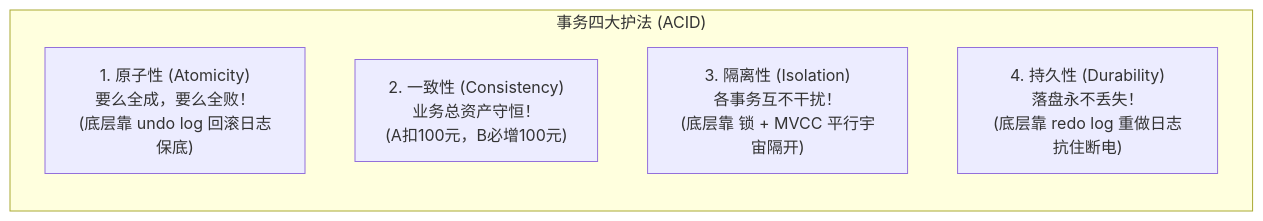
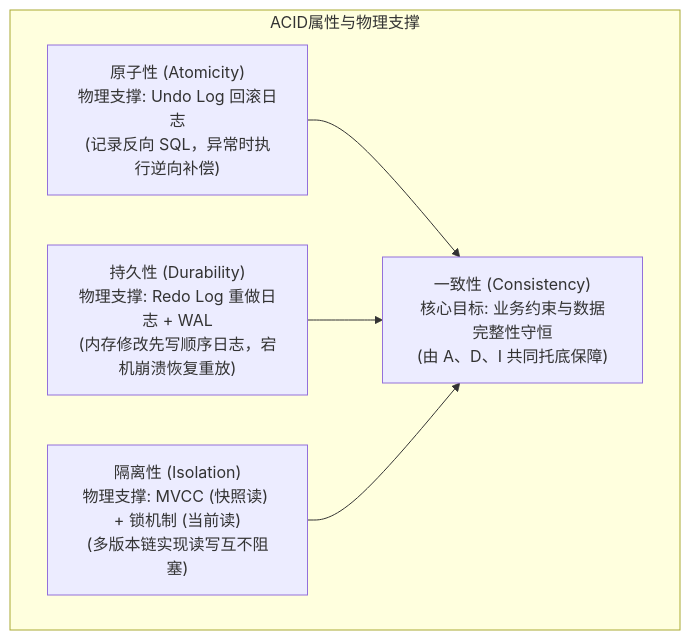
One commit to GuoWWWX/knowledge-base changed the first of 5 diagrams in 20-Java后端/05-数据库与存储/02-事务与隔离级别.md. Above: the diagram before and after it, drawn with Mermaid. The commit also changed other lines of this file and 234 other files, not shown here.

````diff
--- a/20-Java后端/05-数据库与存储/02-事务与隔离级别.md
+++ b/20-Java后端/05-数据库与存储/02-事务与隔离级别.md
@@ -24,9 +24,10 @@
 ```mermaid
-flowchart LR
-    subgraph ACID["事务四大护法 (ACID)"]
-        A["1. 原子性 (Atomicity)<br/>要么全成，要么全败！<br/>(底层靠 undo log 回滚日志保底)"]
-        C["2. 一致性 (Consistency)<br/>业务总资产守恒！<br/>(A扣100元，B必增100元)"]
-        I["3. 隔离性 (Isolation)<br/>各事务互不干扰！<br/>(底层靠 锁 + MVCC 平行宇宙隔开)"]
-        D["4. 持久性 (Durability)<br/>落盘永不丢失！<br/>(底层靠 redo log 重做日志抗住断电)"]
+flowchart TD
+    subgraph ACID属性与物理支撑
+        A["原子性 (Atomicity)<br/>物理支撑: Undo Log 回滚日志<br/>(记录反向 SQL，异常时执行逆向补偿)"]
+        D["持久性 (Durability)<br/>物理支撑: Redo Log 重做日志 + WAL<br/>(内存修改先写顺序日志，宕机崩溃恢复重放)"]
+        I["隔离性 (Isolation)<br/>物理支撑: MVCC (快照读) + 锁机制 (当前读)<br/>(多版本链实现读写互不阻塞)"]
+        C["一致性 (Consistency)<br/>核心目标: 业务约束与数据完整性守恒<br/>(由 A、D、I 共同托底保障)"]
     end
+    A & D & I --> C
 ```
````
